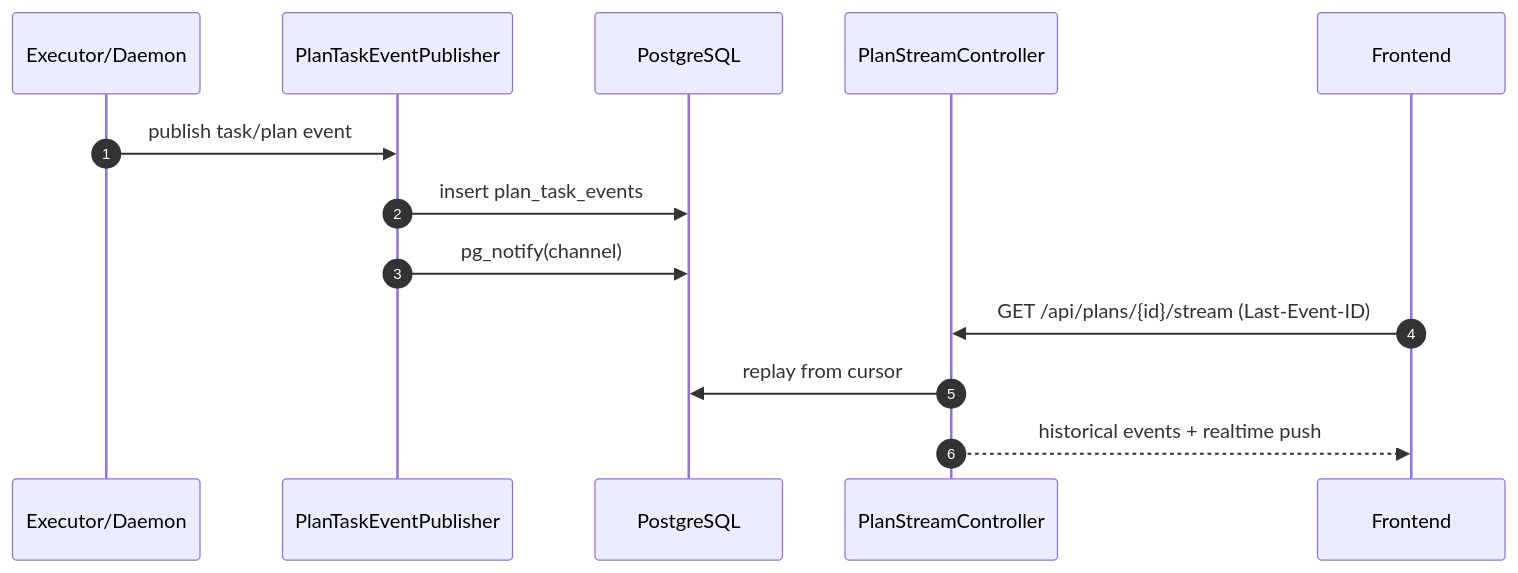
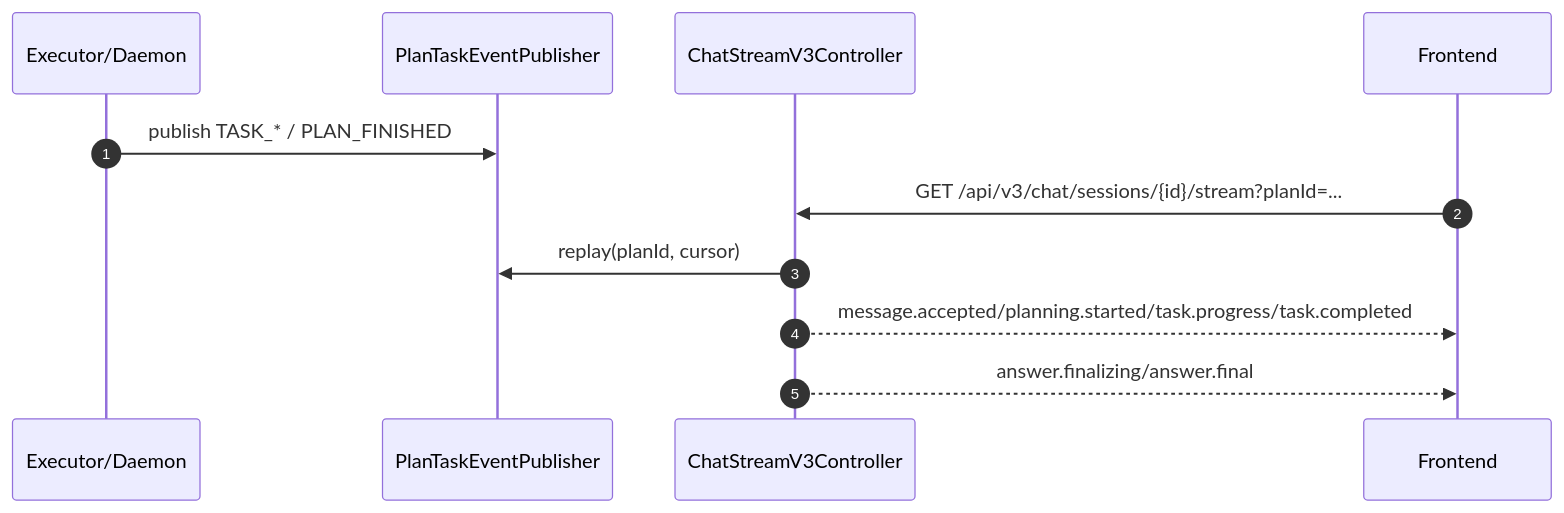
Before and after one commit to letmetocode/agent: the third of 3 diagrams in docs/02-system-architecture.md, drawn with Mermaid. The commit also changed other lines of this file and 4 other files, not shown here.

````diff
--- a/docs/02-system-architecture.md
+++ b/docs/02-system-architecture.md
@@ -120,16 +108,14 @@
 ```mermaid
 sequenceDiagram
     autonumber
     participant Exec as Executor/Daemon
     participant Event as PlanTaskEventPublisher
-    participant DB as PostgreSQL
-    participant Stream as PlanStreamController
+    participant Stream as ChatStreamV3Controller
     participant UI as Frontend
 
-    Exec->>Event: publish task/plan event
-    Event->>DB: insert plan_task_events
-    Event->>DB: pg_notify(channel)
-    UI->>Stream: GET /api/plans/{id}/stream (Last-Event-ID)
-    Stream->>DB: replay from cursor
-    Stream-->>UI: historical events + realtime push
+    Exec->>Event: publish TASK_* / PLAN_FINISHED
+    UI->>Stream: GET /api/v3/chat/sessions/{id}/stream?planId=...
+    Stream->>Event: replay(planId, cursor)
+    Stream-->>UI: message.accepted/planning.started/task.progress/task.completed
+    Stream-->>UI: answer.finalizing/answer.final
 ```
````
